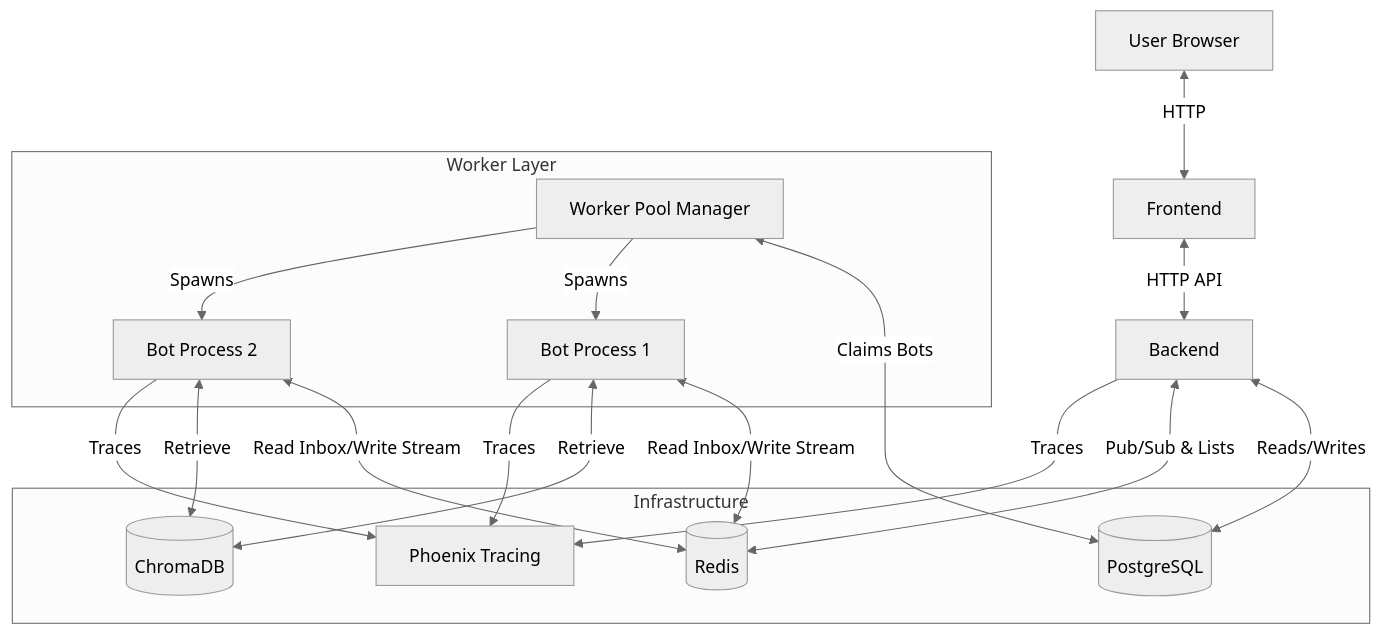
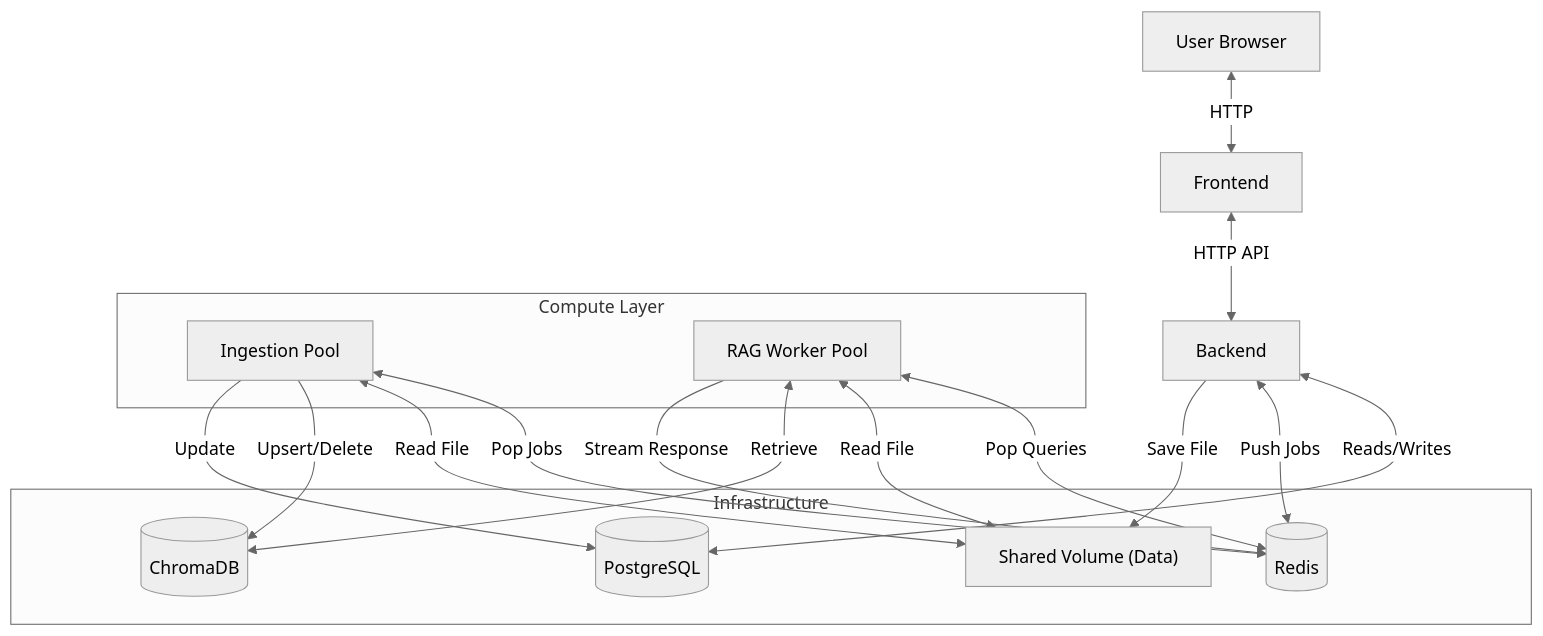
Before and after one commit to harshgurjar731/rag_chatbot: the first of 2 diagrams in architecture.md, drawn with Mermaid (neutral theme). The commit also changed other lines of this file and 109 other files, not shown here.

Commit message:
feat: Introduce document ingestion pipeline with loaders, splitters, embeddings, and vector stores, along with backend services and Docker configurations.

````diff
--- a/architecture.md
+++ b/architecture.md
@@ -17,34 +18,31 @@
 ```mermaid
 graph TD
     User[User Browser] <-->|HTTP| Frontend
     Frontend <-->|HTTP API| Backend
     
     subgraph "Infrastructure"
         Redis[(Redis)]
         Postgres[(PostgreSQL)]
         Chroma[(ChromaDB)]
-        Phoenix[Phoenix Tracing]
+        SharedVol["Shared Volume (Data)"]
     end
 
     Backend <-->|Reads/Writes| Postgres
-    Backend <-->|Pub/Sub & Lists| Redis
-    Backend -->|Traces| Phoenix
+    Backend <-->|Push Jobs| Redis
+    Backend -->|Save File| SharedVol
 
-    subgraph "Worker Layer"
-        Pool[Worker Pool Manager]
-        Bot1[Bot Process 1]
-        Bot2[Bot Process 2]
+    subgraph "Compute Layer"
+        Ingestion[Ingestion Pool]
+        Workers[RAG Worker Pool]
     end
 
-    Pool <-->|Claims Bots| Postgres
-    Pool -->|Spawns| Bot1
-    Pool -->|Spawns| Bot2
+    Ingestion <-->|Pop Jobs| Redis
+    Ingestion <-->|Read File| SharedVol
+    Ingestion -->|Upsert/Delete| Chroma
+    Ingestion -->|Update| Postgres
 
-    Bot1 <-->|Read Inbox/Write Stream| Redis
-    Bot2 <-->|Read Inbox/Write Stream| Redis
-    
-    Bot1 <-->|Retrieve| Chroma
-    Bot2 <-->|Retrieve| Chroma
-    Bot1 -->|Traces| Phoenix
-    Bot2 -->|Traces| Phoenix
+    Workers <-->|Pop Queries| Redis
+    Workers <-->|Read File| SharedVol
+    Workers <-->|Retrieve| Chroma
+    Workers -->|Stream Response| Redis
 ```
````
